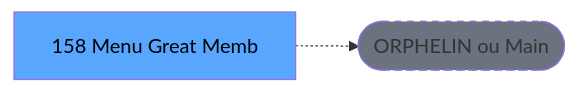
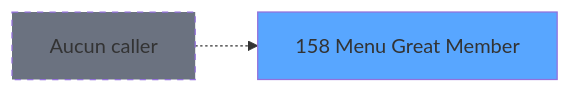
One commit to thonyAGP/magic-migration changed the second of 3 diagrams in .openspec/specs/ADH-IDE-158.md. Above: the diagram before and after it, drawn with Mermaid. The commit also changed other lines of this file and 311 other files, not shown here.

````diff
--- a/.openspec/specs/ADH-IDE-158.md
+++ b/.openspec/specs/ADH-IDE-158.md
@@ -121,8 +183,8 @@
 ```mermaid
 graph LR
-    T[158 Menu Great Memb]
-    ORPHAN([ORPHELIN ou Main])
-    T -.-> ORPHAN
-    style T fill:#58a6ff,color:#000
-    style ORPHAN fill:#6b7280,stroke-dasharray: 5 5
+    T158[158 Menu Great Member]
+    style T158 fill:#58a6ff
+    NONE[Aucun caller]
+    NONE -.-> T158
+    style NONE fill:#6b7280,stroke-dasharray: 5 5
 ```
````
